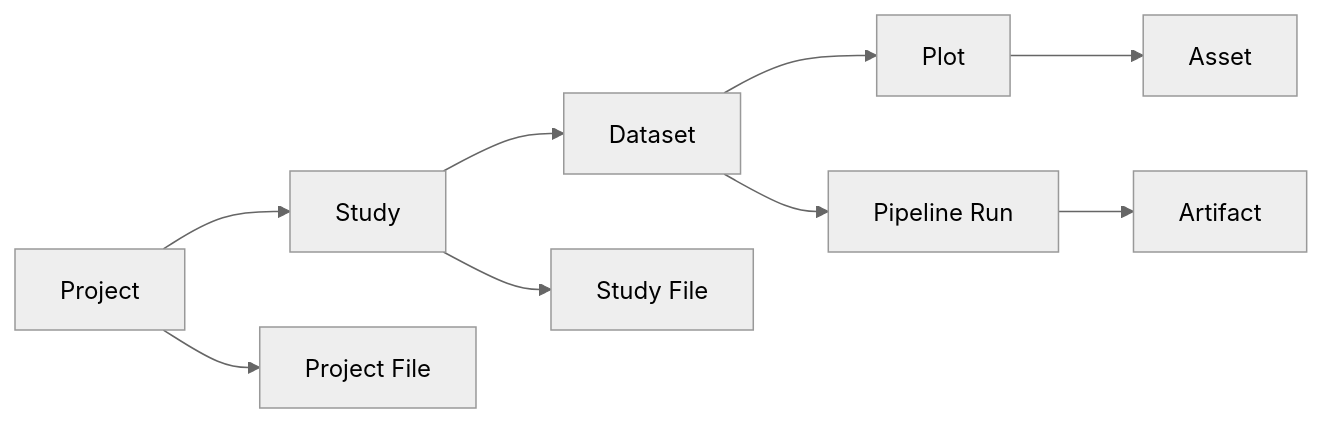
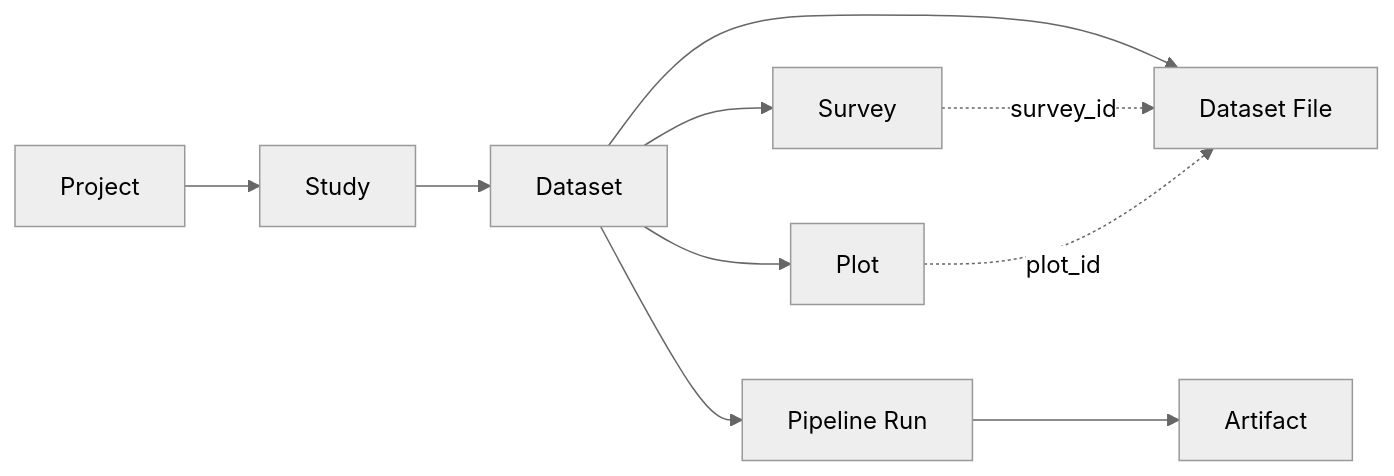
Before and after one commit to OpenSciML/phenoworks-web: the diagram in docs/index.md, drawn with Mermaid (neutral theme). The commit also changed other lines of this file and 12 other files, not shown here.

````diff
--- a/docs/index.md
+++ b/docs/index.md
@@ -29,11 +40,12 @@
 ```mermaid
 flowchart LR
   Project --> Study
-  Project --> ProjectFile[Project File]
   Study --> Dataset
-  Study --> StudyFile[Study File]
+  Dataset --> File[Dataset File]
+  Dataset --> Survey
   Dataset --> Plot
-  Plot --> Asset
+  Survey -. survey_id .-> File
+  Plot -. plot_id .-> File
   Dataset --> PipelineRun[Pipeline Run]
   PipelineRun --> Artifact
 ```
````
